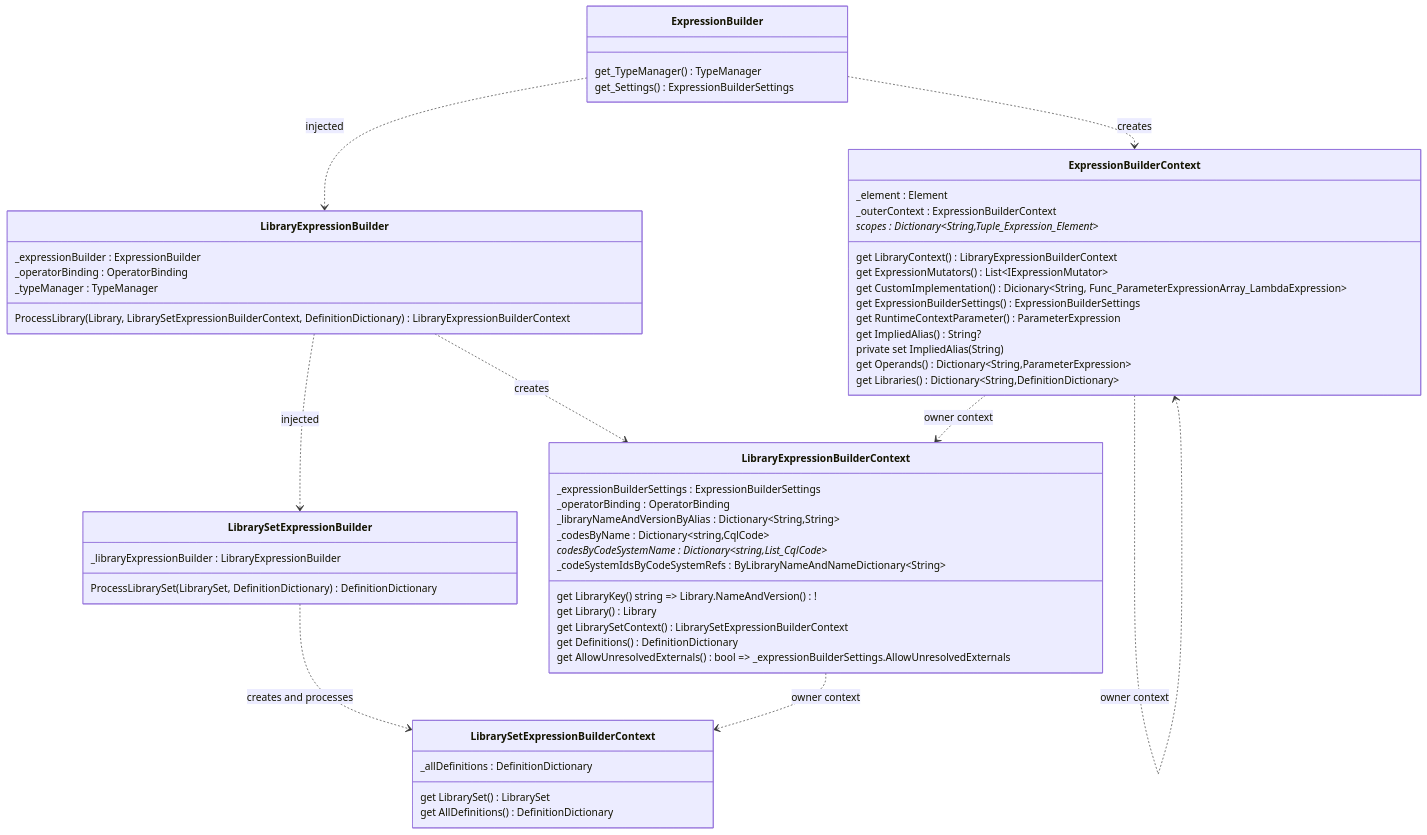
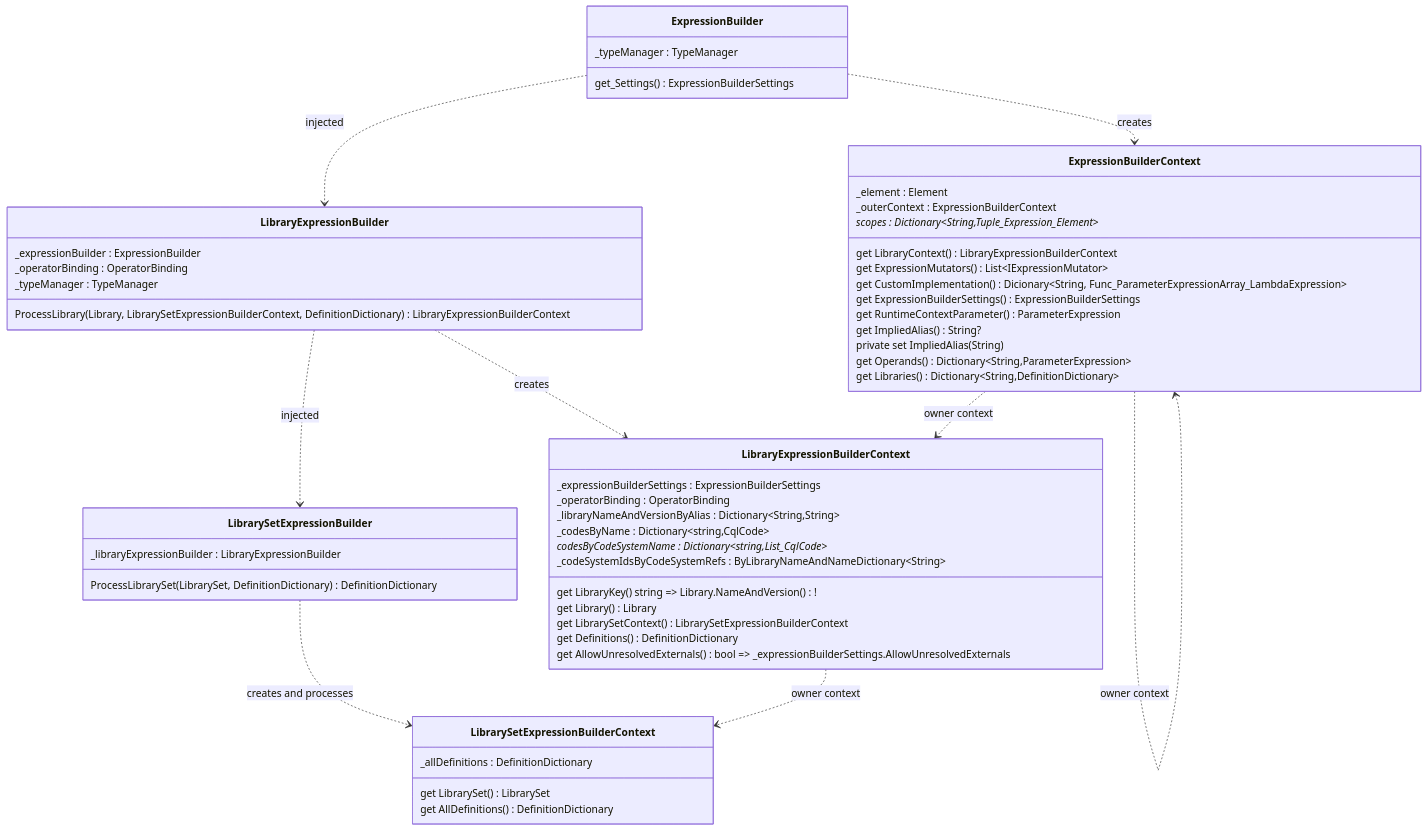
One commit to FirelyTeam/firely-cql-sdk changed the first of 2 diagrams in docs/packager-cli-dependency-graph.md. Above: the diagram before and after it, drawn with Mermaid. The commit also changed 7 other files, not shown here.

Commit message:
Make ExpressionBuilder.TypeManager a field

````diff
--- a/docs/packager-cli-dependency-graph.md
+++ b/docs/packager-cli-dependency-graph.md
@@ -4,74 +4,74 @@
 ```mermaid
 classDiagram
     direction TD
 
     class LibrarySetExpressionBuilder {
        _libraryExpressionBuilder : LibraryExpressionBuilder
 
        ProcessLibrarySet(LibrarySet, DefinitionDictionary<LambdaExpression>) DefinitionDictionary<LambdaExpression>
     }
 
     class LibrarySetExpressionBuilderContext {
        _allDefinitions : DefinitionDictionary<LambdaExpression>
 
        get LibrarySet() LibrarySet
        get AllDefinitions() DefinitionDictionary<LambdaExpression>
     }
 
     class LibraryExpressionBuilder {
        _expressionBuilder : ExpressionBuilder
        _operatorBinding : OperatorBinding
        _typeManager : TypeManager
 
        ProcessLibrary(Library, LibrarySetExpressionBuilderContext, DefinitionDictionary<LambdaExpression>) LibraryExpressionBuilderContext
     }
 
     class LibraryExpressionBuilderContext {
        _expressionBuilderSettings : ExpressionBuilderSettings
        _operatorBinding : OperatorBinding
        _libraryNameAndVersionByAlias : Dictionary~String,String~
        _codesByName : Dictionary~string,CqlCode~
        _codesByCodeSystemName : Dictionary~string,List_CqlCode_~
        _codeSystemIdsByCodeSystemRefs : ByLibraryNameAndNameDictionary~String~
 
        get LibraryKey() string => Library.NameAndVersion()!
        get Library() Library
        get LibrarySetContext() LibrarySetExpressionBuilderContext
        get Definitions() DefinitionDictionary<LambdaExpression>
        get AllowUnresolvedExternals() bool => _expressionBuilderSettings.AllowUnresolvedExternals
     }
 
     class ExpressionBuilder {
-        get_TypeManager() TypeManager
+        _typeManager : TypeManager
         get_Settings() ExpressionBuilderSettings
     }
     
 
     class ExpressionBuilderContext {
         _element : Element
         _outerContext : ExpressionBuilderContext
         _scopes : Dictionary~String,Tuple_Expression_Element_~
 
         get LibraryContext() LibraryExpressionBuilderContext
         get ExpressionMutators() List~IExpressionMutator~
         get CustomImplementation() Dicionary~String, Func_ParameterExpressionArray_LambdaExpression~
         get ExpressionBuilderSettings() ExpressionBuilderSettings
         get RuntimeContextParameter() ParameterExpression
         get ImpliedAlias() String?
         private set ImpliedAlias(String)
         get Operands() Dictionary~String,ParameterExpression~
         get Libraries() Dictionary~String,DefinitionDictionary<LambdaExpression>~
 
     }
 
     LibrarySetExpressionBuilder ..> LibrarySetExpressionBuilderContext : creates and processes
     LibraryExpressionBuilder ..> LibraryExpressionBuilderContext : creates
     ExpressionBuilder ..> ExpressionBuilderContext : creates
 
     ExpressionBuilder ..> LibraryExpressionBuilder : injected
     LibraryExpressionBuilder ..> LibrarySetExpressionBuilder : injected
 
     ExpressionBuilderContext ..> LibraryExpressionBuilderContext : owner context
     ExpressionBuilderContext ..> ExpressionBuilderContext : owner context
     LibraryExpressionBuilderContext ..> LibrarySetExpressionBuilderContext : owner context
 ```
````
